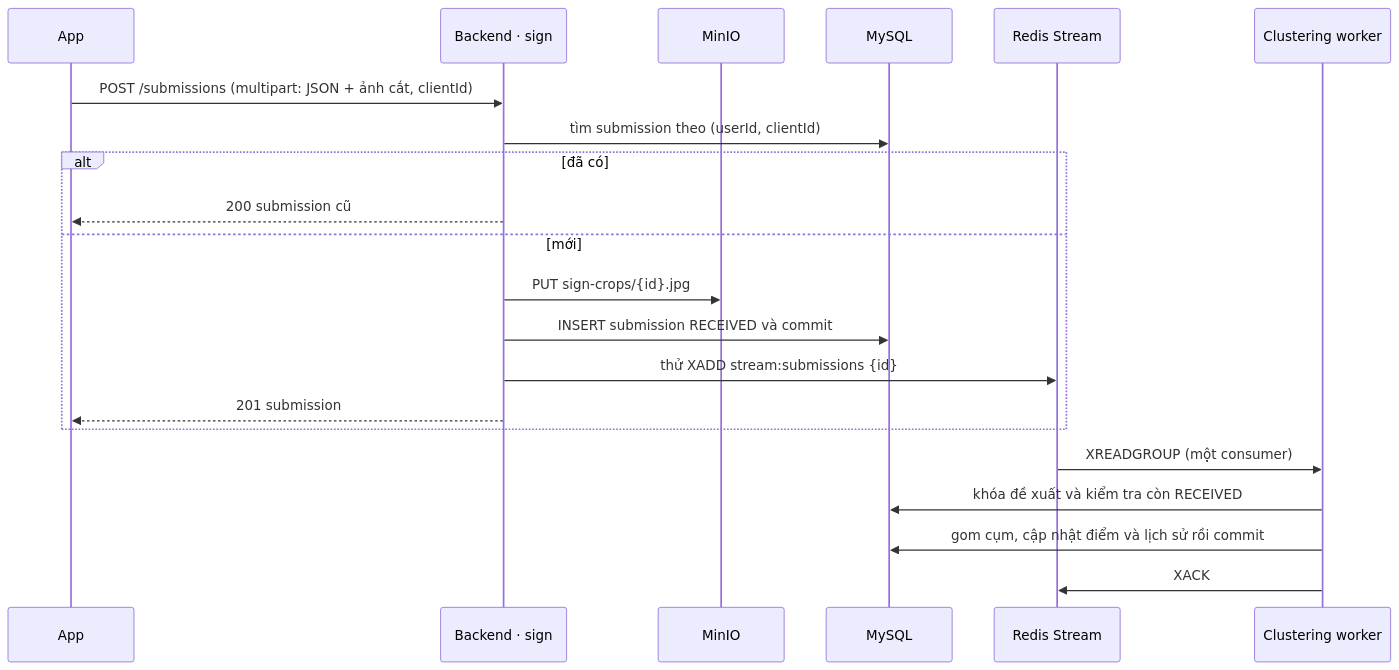
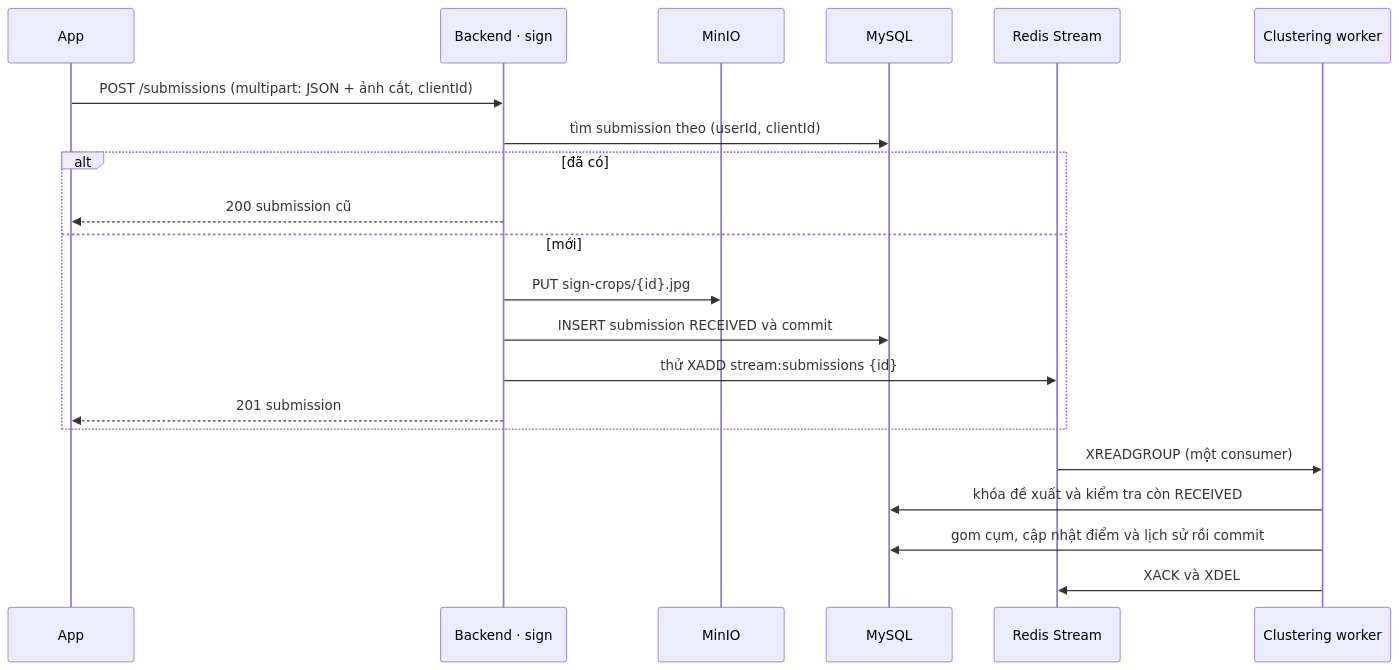
One commit to hana200804/DA changed the fifth of 9 diagrams in docs/03-kien-truc.md. Above: the diagram before and after it, drawn with Mermaid. The commit also changed 14 other files, not shown here.

````diff
--- a/docs/03-kien-truc.md
+++ b/docs/03-kien-truc.md
@@ -157,24 +157,24 @@
 ```mermaid
 sequenceDiagram
     participant App
     participant BE as Backend · sign
     participant S3 as MinIO
     participant DB as MySQL
     participant R as Redis Stream
     participant W as Clustering worker
 
     App->>BE: POST /submissions (multipart: JSON + ảnh cắt, clientId)
     BE->>DB: tìm submission theo (userId, clientId)
     alt đã có
         BE-->>App: 200 submission cũ
     else mới
         BE->>S3: PUT sign-crops/{id}.jpg
         BE->>DB: INSERT submission RECEIVED và commit
         BE->>R: thử XADD stream:submissions {id}
         BE-->>App: 201 submission
     end
     R->>W: XREADGROUP (một consumer)
     W->>DB: khóa đề xuất và kiểm tra còn RECEIVED
     W->>DB: gom cụm, cập nhật điểm và lịch sử rồi commit
-    W->>R: XACK
+    W->>R: XACK và XDEL
 ```
````
